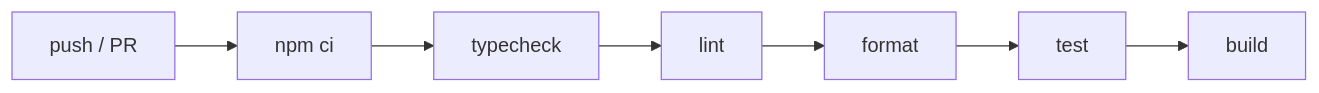
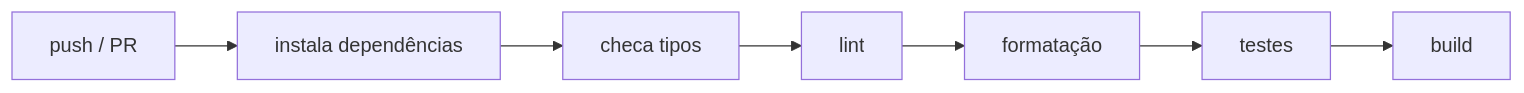
Before and after one commit to Matheusvc/portfolio: the second of 2 diagrams in README.md, drawn with Mermaid. The commit also changed other lines of this file and 4 other files, not shown here.

````diff
--- a/README.md
+++ b/README.md
@@ -99,4 +109,4 @@
 ```mermaid
 flowchart LR
-  A[push / PR] --> B[npm ci] --> C[typecheck] --> D[lint] --> E[format] --> F[test] --> G[build]
+  A[push / PR] --> B[instala dependências] --> C[checa tipos] --> D[lint] --> E[formatação] --> F[testes] --> G[build]
 ```
````
